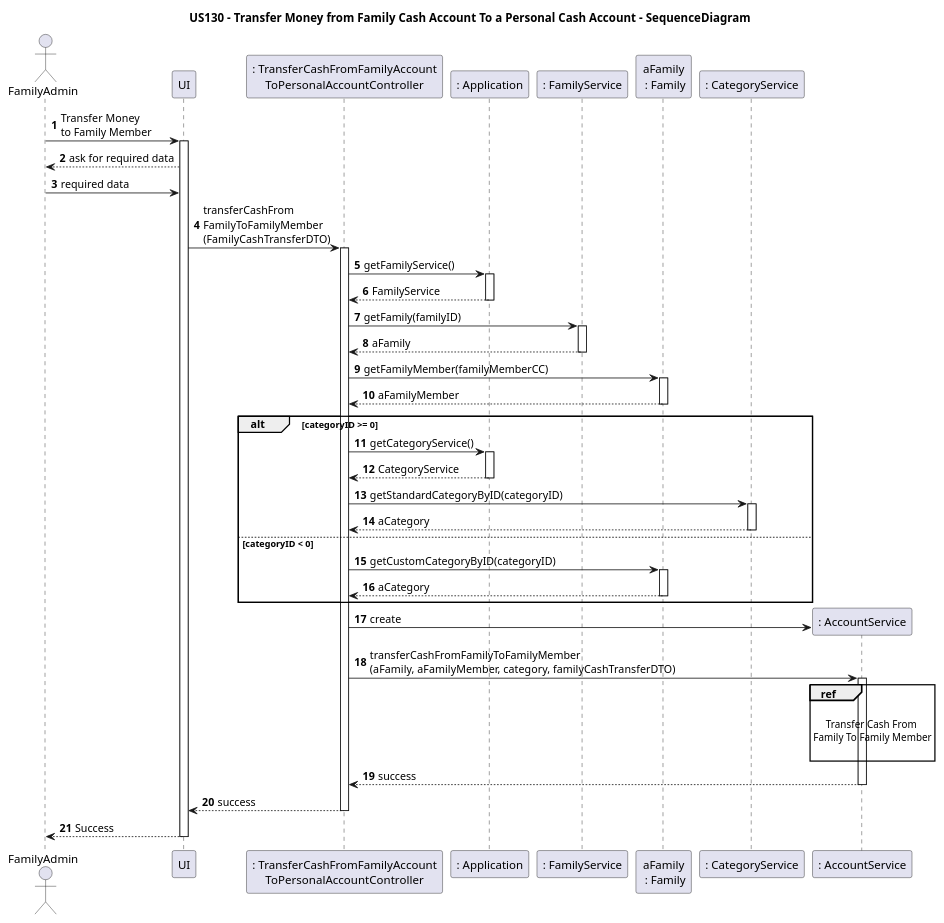
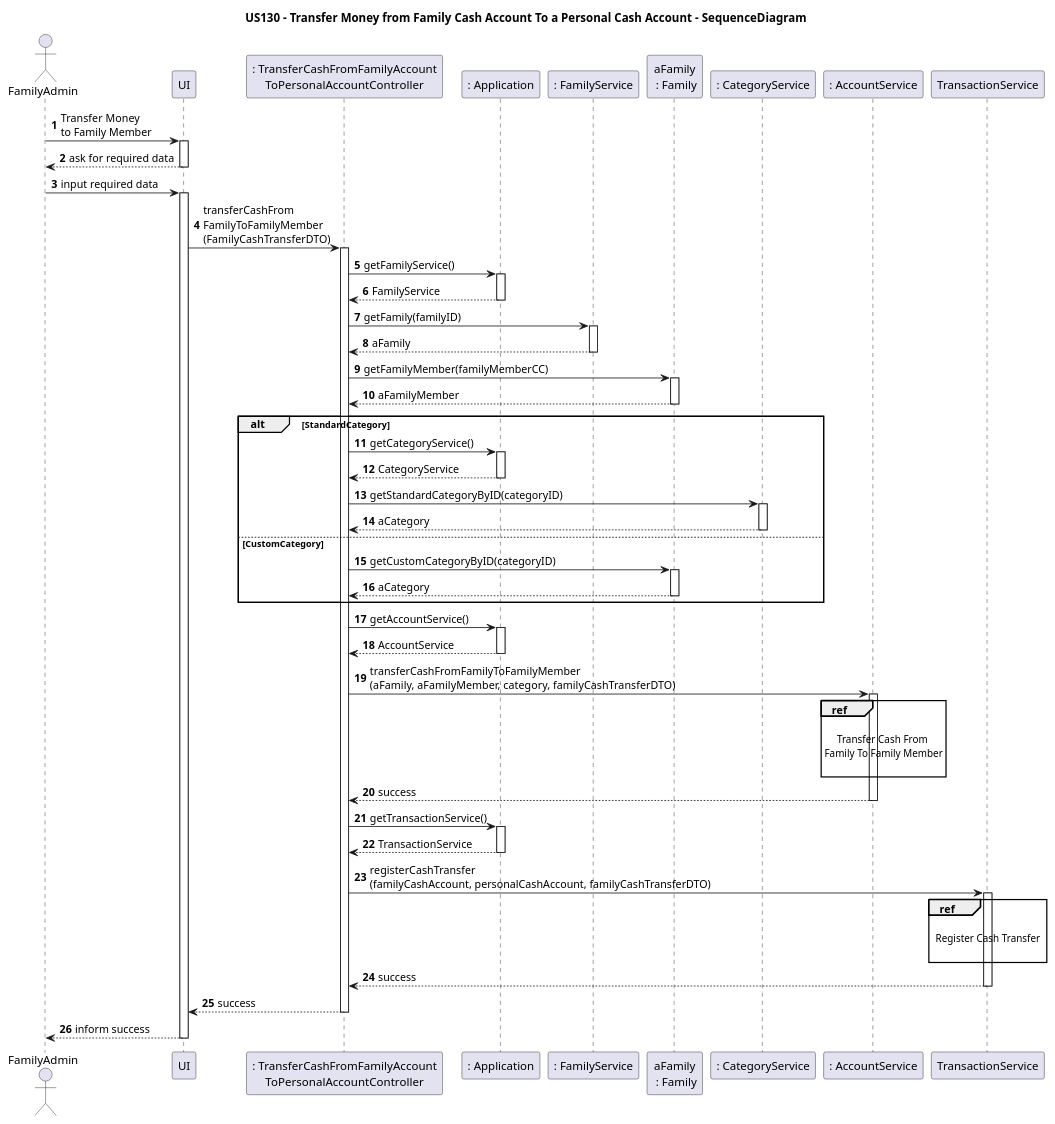
One commit to tomas-osswald/switch_2020_g3 changed the second of 4 diagrams in docs/sprint2/user_stories/US130_TransferToPersonalCashAccount.md. Above: the diagram before and after it, drawn with PlantUML. The commit also changed other lines of this file and 5 other files, not shown here.

```diff
--- a/docs/sprint2/user_stories/US130_TransferToPersonalCashAccount.md
+++ b/docs/sprint2/user_stories/US130_TransferToPersonalCashAccount.md
@@ -62,9 +60,10 @@
 Actor -> UI : Transfer Money \nto Family Member
 activate UI
 UI --> Actor : ask for required data
+deactivate UI
 
-Actor -> UI : required data
-
+Actor -> UI : input required data
+activate UI
 UI -> controller : transferCashFrom\nFamilyToFamilyMember\n(FamilyCashTransferDTO)
 activate controller
 controller -> App : getFamilyService()
@@ -82,7 +81,7 @@
 Family --> controller : aFamilyMember
 deactivate Family
 
-alt categoryID >= 0
+alt StandardCategory
 controller -> App : getCategoryService()
 activate App
 App --> controller : CategoryService
@@ -92,7 +91,7 @@
 CategoryService --> controller : aCategory
 deactivate CategoryService
 
-else categoryID < 0
+else CustomCategory
 
 controller -> Family : getCustomCategoryByID(categoryID)
 activate Family
@@ -101,7 +100,10 @@
 
 end
 
-controller -> AccountService ** : create
+controller -> App : getAccountService()
+activate App
+App --> controller : AccountService
+deactivate App
 
 controller -> AccountService : transferCashFromFamilyToFamilyMember\n(aFamily, aFamilyMember, category, familyCashTransferDTO)
 activate AccountService
@@ -116,10 +118,27 @@
 AccountService --> controller : success
 deactivate AccountService
 
+controller -> App : getTransactionService()
+activate App
+App --> controller : TransactionService
+deactivate App
+
+controller -> TransactionService : registerCashTransfer\n(familyCashAccount, personalCashAccount, familyCashTransferDTO)
+activate TransactionService
+
+ref over TransactionService
+
+Register Cash Transfer
+
+end ref
+
+TransactionService --> controller : success
+deactivate TransactionService
+
 controller --> UI : success
 deactivate controller
 
-UI --> Actor : Success
+UI --> Actor : inform success
 deactivate UI
 
 @enduml
```
